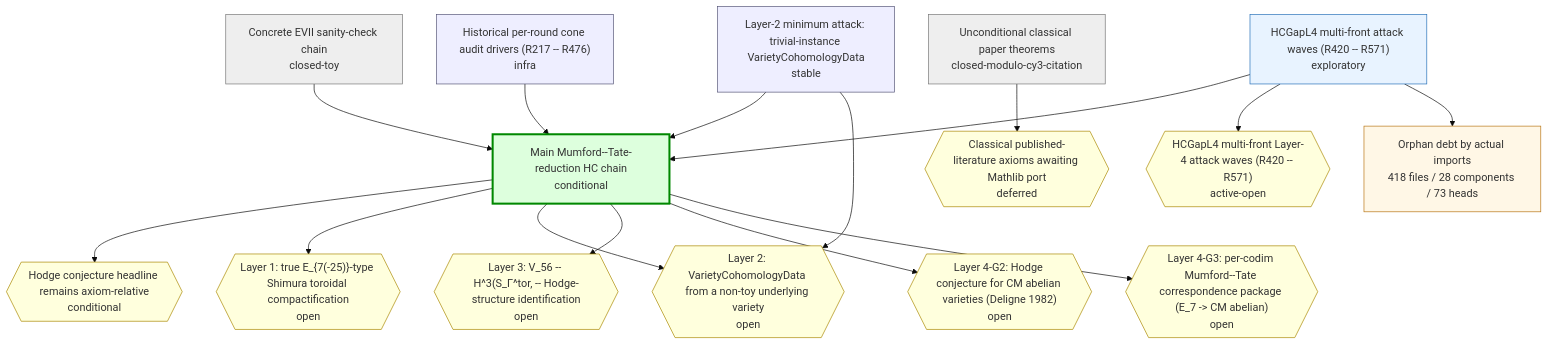
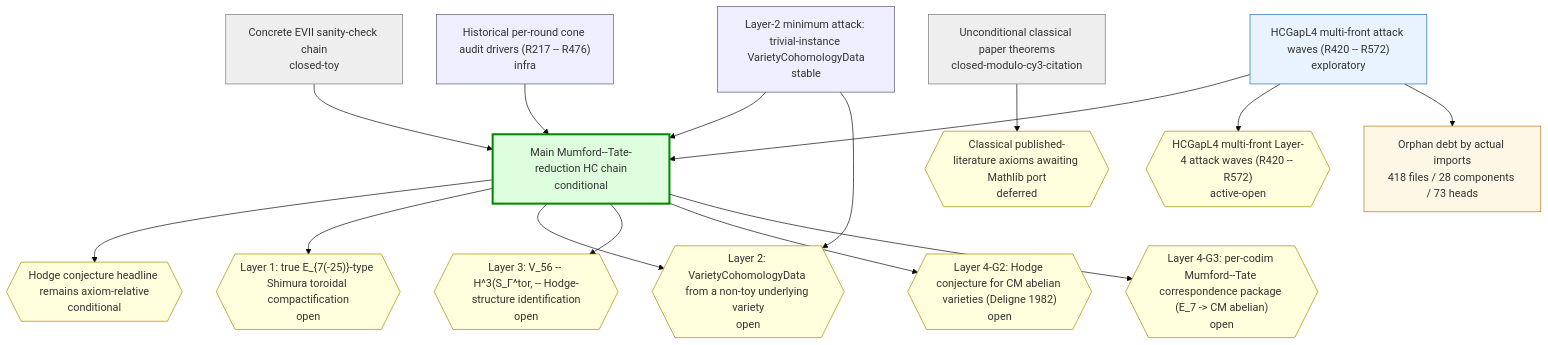
One commit to crabsatellite/hodge-conjecture-lean4-formalization changed the first of 2 diagrams in chain-status/research-map.md. Above: the diagram before and after it, drawn with Mermaid (base theme). The commit also changed other lines of this file and 7 other files, not shown here.

````diff
--- a/chain-status/research-map.md
+++ b/chain-status/research-map.md
@@ -45,44 +45,44 @@
 ```mermaid
 graph TD
   classDef main fill:#dfd,stroke:#080,stroke-width:3px
   classDef active fill:#e8f3ff,stroke:#2670b8
   classDef support fill:#eef,stroke:#557
   classDef closed fill:#eee,stroke:#777
   classDef dead fill:#fdd,stroke:#a00,stroke-width:2px
   classDef gapOpen fill:#ffd,stroke:#a80
   classDef gapClosed fill:#eee,stroke:#777
   classDef gapDead fill:#fdd,stroke:#a00
   classDef debt fill:#fff7e6,stroke:#b87514
   classDef debtTaxonomy fill:#e8f3ff,stroke:#2670b8,stroke-dasharray:3 3
   classDef debtRule fill:#eefbea,stroke:#398439,stroke-dasharray:3 3
   classDef debtDead fill:#fdd,stroke:#a00,stroke-dasharray:3 3
   chain_main_hc_axiom_relative["Main Mumford--Tate-reduction HC chain\nconditional"]:::main
   chain_unconditional_classical["Unconditional classical paper theorems\nclosed-modulo-cy3-citation"]:::closed
   chain_hcgap_l2_trivial_instances["Layer-2 minimum attack: trivial-instance VarietyCohomologyData\nstable"]:::support
-  chain_hcgap_l4_multifront_active["HCGapL4 multi-front attack waves (R420 -- R571)\nexploratory"]:::active
+  chain_hcgap_l4_multifront_active["HCGapL4 multi-front attack waves (R420 -- R572)\nexploratory"]:::active
   chain_concrete_evii_toy["Concrete EVII sanity-check chain\nclosed-toy"]:::closed
   chain_historical_cone_audits["Historical per-round cone audit drivers (R217 -- R476)\ninfra"]:::support
   gap_G_main_hc{{"Hodge conjecture headline remains axiom-relative\nconditional"}}:::gapOpen
   gap_G_l1_e7_shimura_tor{{"Layer 1: true E_{7(-25)}-type Shimura toroidal compactification\nopen"}}:::gapOpen
   gap_G_l2_cohomology_construction{{"Layer 2: VarietyCohomologyData from a non-toy underlying variety\nopen"}}:::gapOpen
   gap_G_l3_v56_mt_identification{{"Layer 3: V_56 -- H^3(S_Γ^tor, -- Hodge-structure identification\nopen"}}:::gapOpen
   gap_G_l4_cm_abelian_hc{{"Layer 4-G2: Hodge conjecture for CM abelian varieties (Deligne 1982)\nopen"}}:::gapOpen
   gap_G_l4_mt_correspondence{{"Layer 4-G3: per-codim Mumford--Tate correspondence package (E_7 -> CM abelian)\nopen"}}:::gapOpen
   gap_G_classical_mathlib_port{{"Classical published-literature axioms awaiting Mathlib port\ndeferred"}}:::gapOpen
-  gap_G_hcgap_l4_multifront{{"HCGapL4 multi-front Layer-4 attack waves (R420 -- R571)\nactive-open"}}:::gapOpen
+  gap_G_hcgap_l4_multifront{{"HCGapL4 multi-front Layer-4 attack waves (R420 -- R572)\nactive-open"}}:::gapOpen
   chain_main_hc_axiom_relative --> gap_G_main_hc
   chain_main_hc_axiom_relative --> gap_G_l1_e7_shimura_tor
   chain_main_hc_axiom_relative --> gap_G_l2_cohomology_construction
   chain_main_hc_axiom_relative --> gap_G_l3_v56_mt_identification
   chain_main_hc_axiom_relative --> gap_G_l4_cm_abelian_hc
   chain_main_hc_axiom_relative --> gap_G_l4_mt_correspondence
   chain_unconditional_classical --> gap_G_classical_mathlib_port
   chain_hcgap_l2_trivial_instances --> chain_main_hc_axiom_relative
   chain_hcgap_l2_trivial_instances --> gap_G_l2_cohomology_construction
   chain_hcgap_l4_multifront_active --> chain_main_hc_axiom_relative
   chain_hcgap_l4_multifront_active --> gap_G_hcgap_l4_multifront
   chain_concrete_evii_toy --> chain_main_hc_axiom_relative
   chain_historical_cone_audits --> chain_main_hc_axiom_relative
   debt_all["Orphan debt by actual imports\n418 files / 28 components / 73 heads"]:::debt
   chain_hcgap_l4_multifront_active --> debt_all
 ```
````
